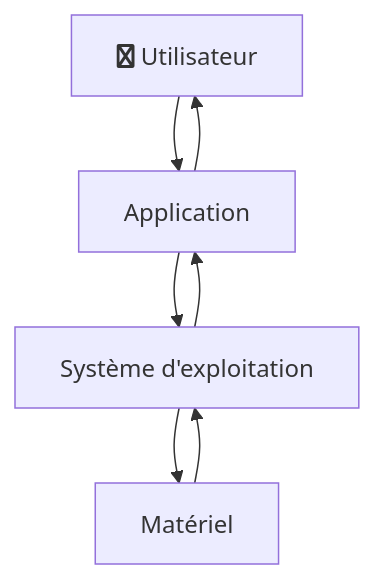
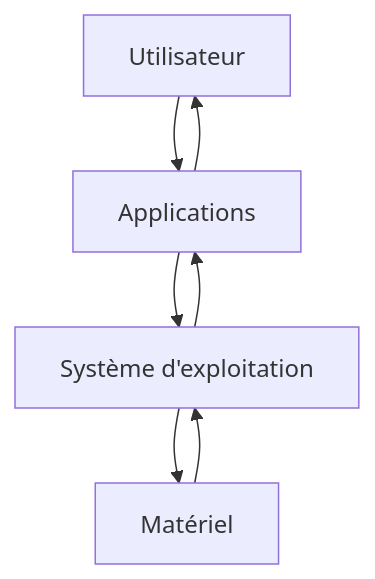
Before and after one commit to boddaert/nsi: the diagram in première/Architecture_des_machines/Systèmes_d_exploitation.md, drawn with Mermaid. The commit also changed 2 other files, not shown here.

````diff
--- a/première/Architecture_des_machines/Systèmes_d_exploitation.md
+++ b/première/Architecture_des_machines/Systèmes_d_exploitation.md
@@ -9,13 +9,13 @@
 ```mermaid
 flowchart TD
-    A["fa:fa-twitter Utilisateur"]
-    B[Application]
-    C[Système d'exploitation]
-    D[Matériel]
+    A["Utilisateur"]
+    B["Applications"]
+    C["Système d'exploitation"]
+    D["Matériel"]
     A --> B
     B --> A
     B --> C
     C --> B
     C --> D
     D --> C
 ```
````
